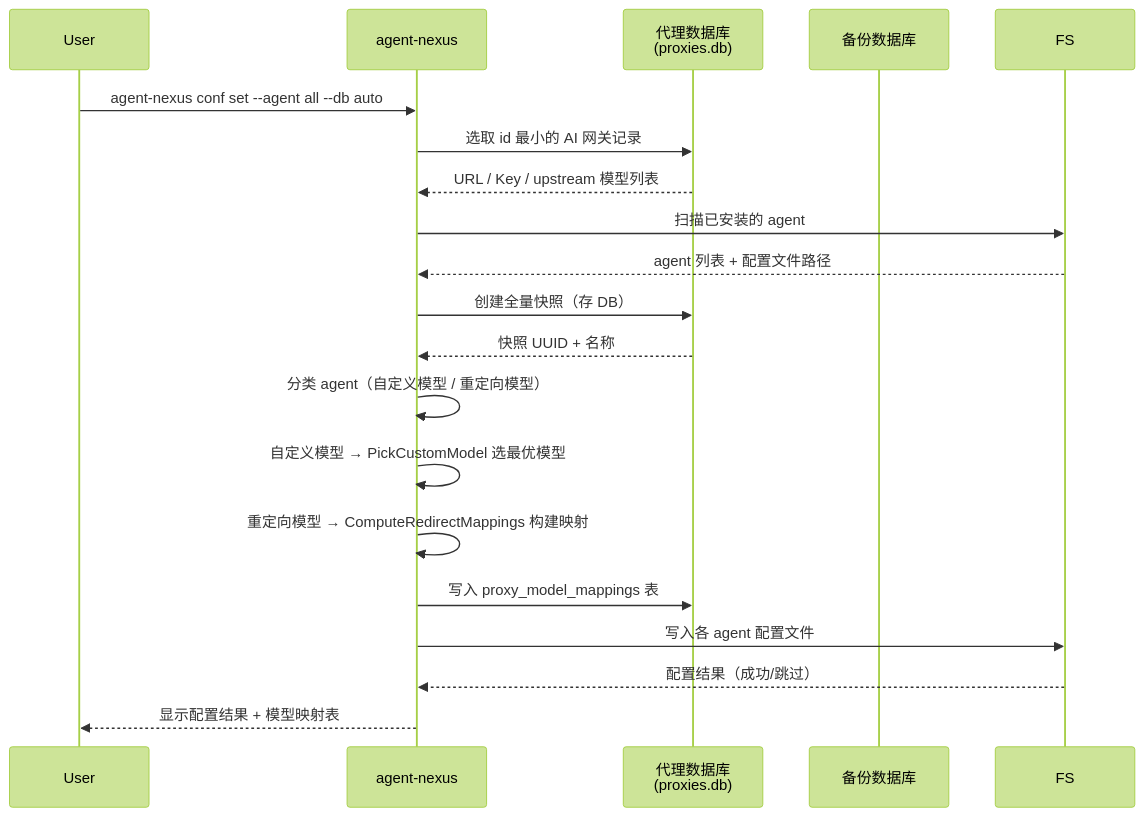
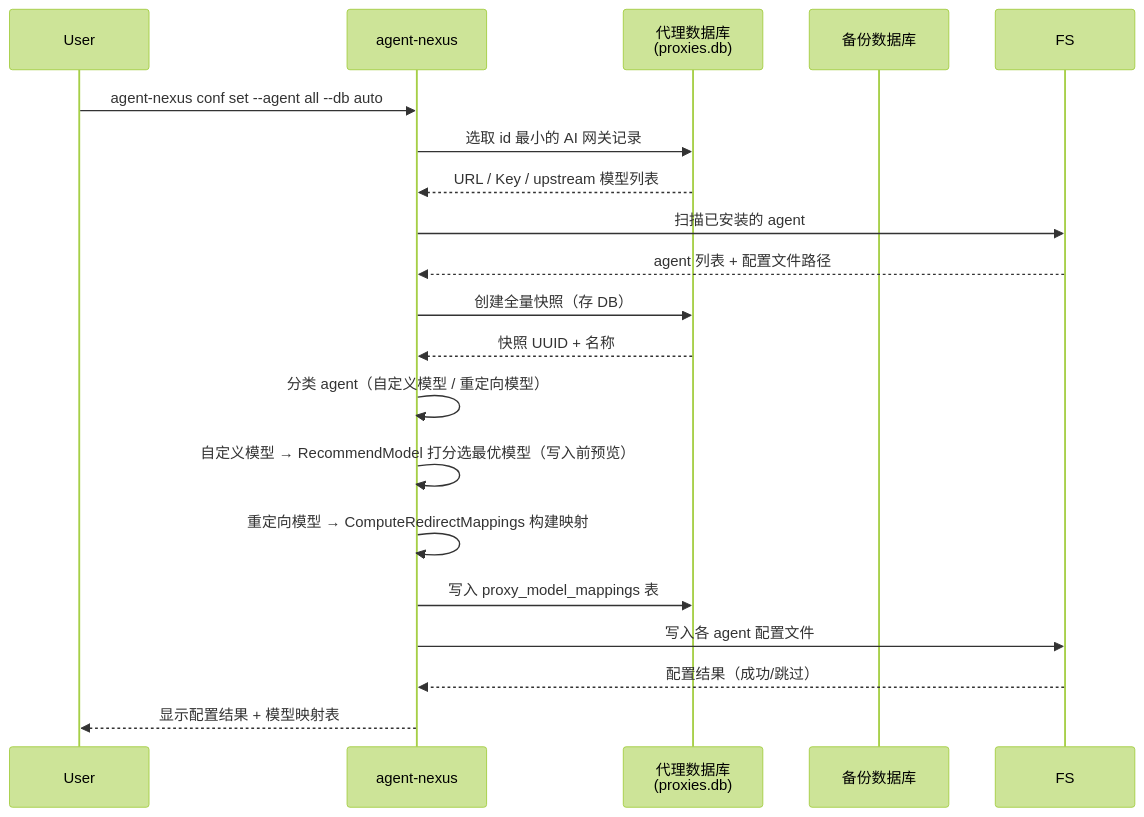
The third of 3 diagrams in MANUAL.md (yejinlei/agent-nexus), drawn with Mermaid (forest theme) before and after one commit. The commit also changed other lines of this file, not shown here.

````diff
--- a/MANUAL.md
+++ b/MANUAL.md
@@ -607,22 +622,22 @@
 ```mermaid
 sequenceDiagram
     participant User
     participant Tool as agent-nexus
     participant DB as 代理数据库<br/>(proxies.db)
     participant DB2 as 备份数据库
 
     User->>Tool: agent-nexus conf set --agent all --db auto
     Tool->>DB: 选取 id 最小的 AI 网关记录
     DB-->>Tool: URL / Key / upstream 模型列表
     Tool->>FS: 扫描已安装的 agent
     FS-->>Tool: agent 列表 + 配置文件路径
     Tool->>DB: 创建全量快照（存 DB）
     DB-->>Tool: 快照 UUID + 名称
     Tool->>Tool: 分类 agent（自定义模型 / 重定向模型）
-    Tool->>Tool: 自定义模型 → PickCustomModel 选最优模型
+    Tool->>Tool: 自定义模型 → RecommendModel 打分选最优模型（写入前预览）
     Tool->>Tool: 重定向模型 → ComputeRedirectMappings 构建映射
     Tool->>DB: 写入 proxy_model_mappings 表
     Tool->>FS: 写入各 agent 配置文件
     FS-->>Tool: 配置结果（成功/跳过）
     Tool-->>User: 显示配置结果 + 模型映射表
 ```
````
